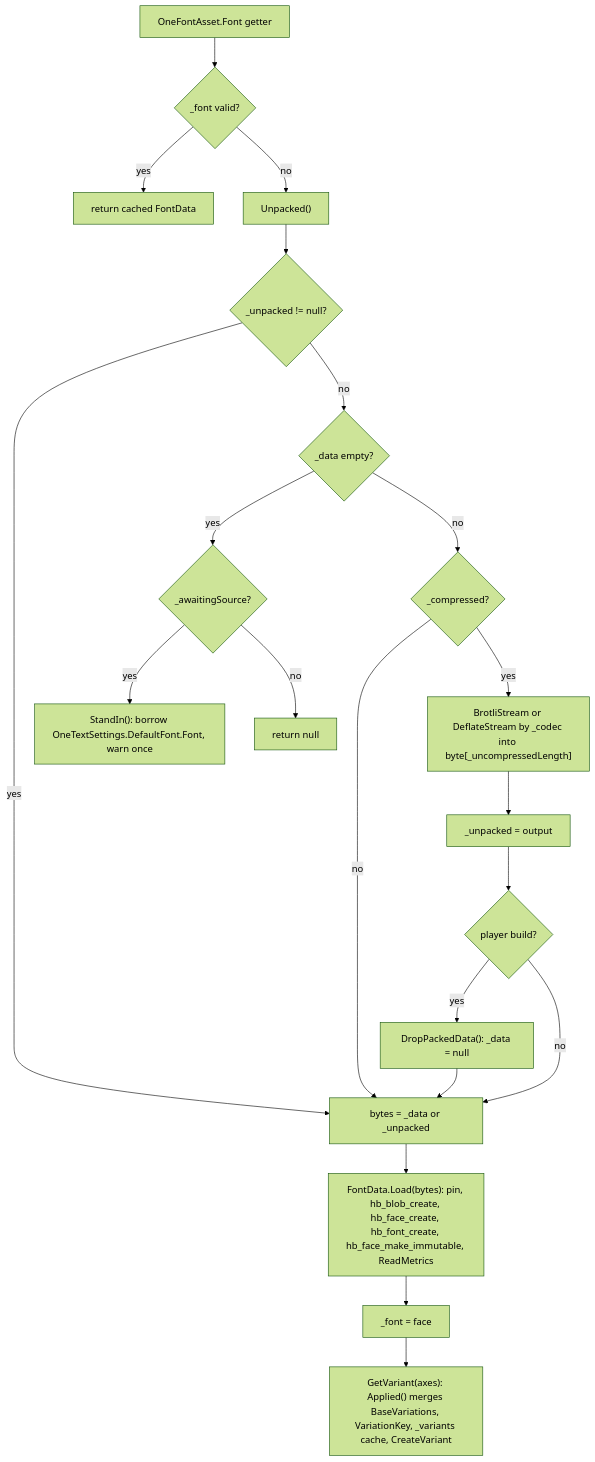
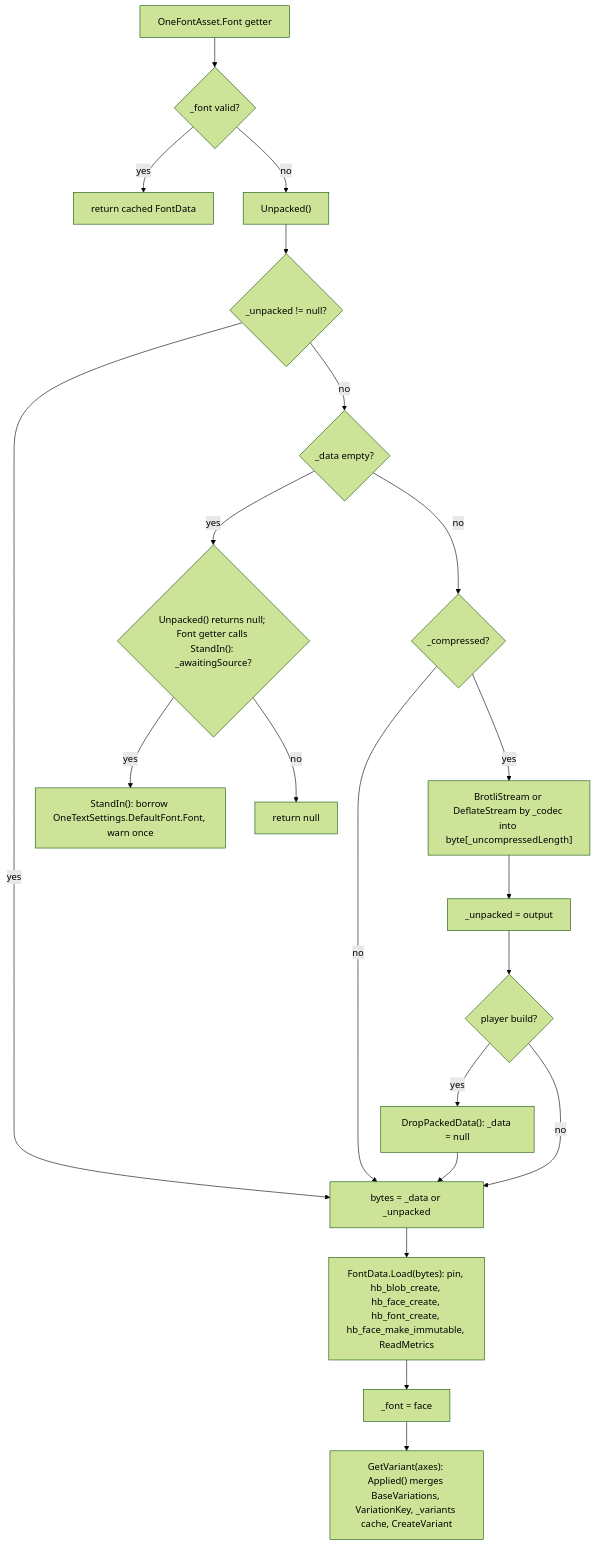
Before and after one commit to CodeOneLabs/OneText: the diagram in Documentation~/Runtime/Core/Fonts/diagrams/font-asset-load.mmd, drawn with Mermaid (forest theme). The commit also changed 98 other files, not shown here.

```diff
--- a/Documentation~/Runtime/Core/Fonts/diagrams/font-asset-load.mmd
+++ b/Documentation~/Runtime/Core/Fonts/diagrams/font-asset-load.mmd
@@ -1,21 +1,21 @@
 flowchart TD
     A["OneFontAsset.Font getter"] --> B{"_font valid?"}
     B -- yes --> Z["return cached FontData"]
     B -- no --> C["Unpacked()"]
     C --> D{"_unpacked != null?"}
     D -- yes --> H
     D -- no --> E{"_data empty?"}
-    E -- yes --> F{"_awaitingSource?"}
+    E -- yes --> F{"Unpacked() returns null; Font getter calls StandIn(): _awaitingSource?"}
     F -- yes --> G["StandIn(): borrow OneTextSettings.DefaultFont.Font, warn once"]
     F -- no --> N["return null"]
     E -- no --> I{"_compressed?"}
     I -- no --> H["bytes = _data or _unpacked"]
     I -- yes --> J["BrotliStream or DeflateStream by _codec into byte[_uncompressedLength]"]
     J --> K["_unpacked = output"]
     K --> L{"player build?"}
     L -- yes --> M["DropPackedData(): _data = null"]
     L -- no --> H
     M --> H
     H --> O["FontData.Load(bytes): pin, hb_blob_create, hb_face_create, hb_font_create, hb_face_make_immutable, ReadMetrics"]
     O --> P["_font = face"]
     P --> Q["GetVariant(axes): Applied() merges BaseVariations, VariationKey, _variants cache, CreateVariant"]
```
